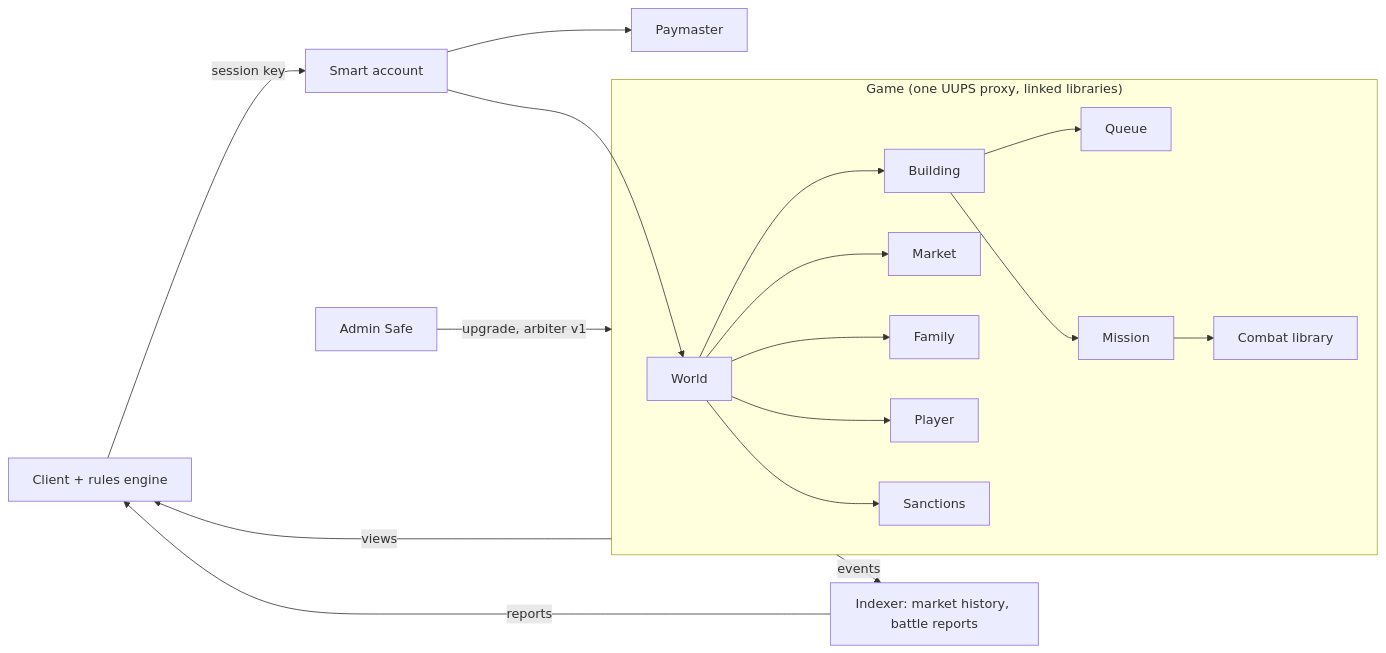
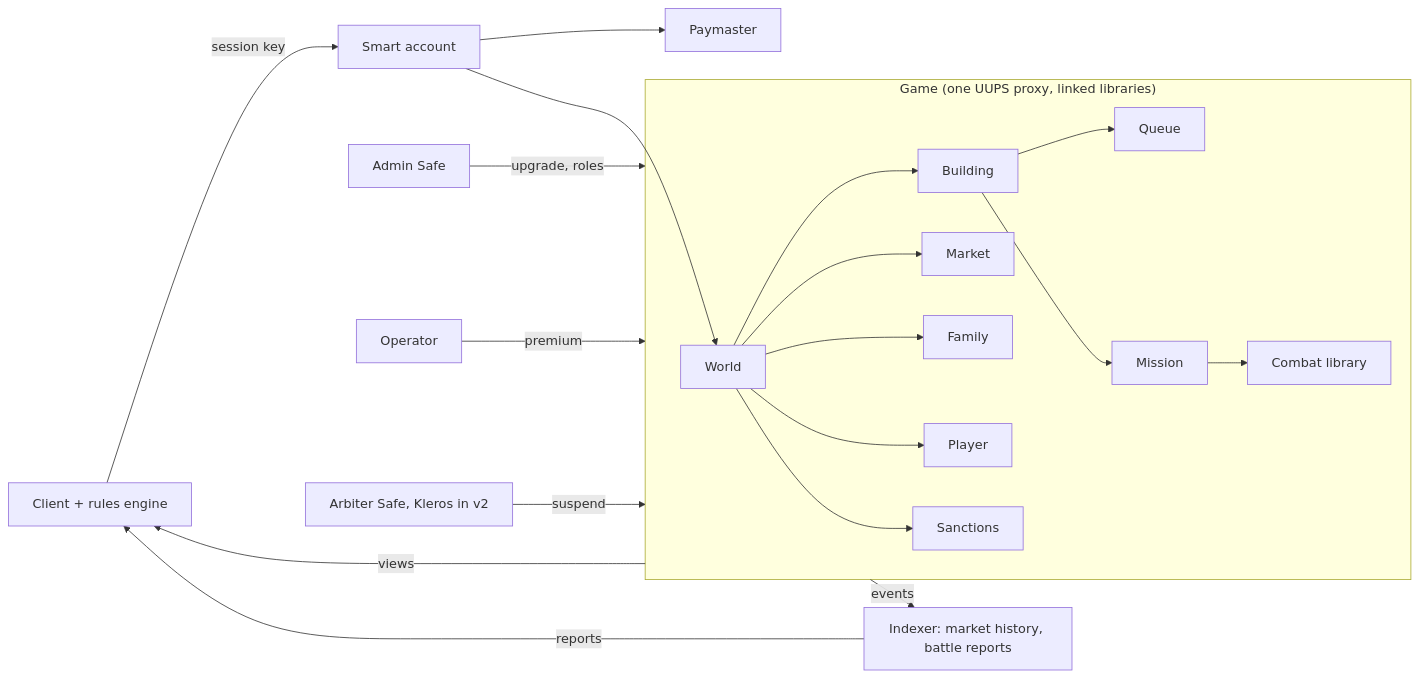
The diagram in docs/spec/blockchain.md (rodsouto/vendetta-plus-legacy), drawn with Mermaid before and after one commit. The commit also changed other lines of this file and 40 other files, not shown here.

````diff
--- a/docs/spec/blockchain.md
+++ b/docs/spec/blockchain.md
@@ -825,20 +850,22 @@
 ```mermaid
 flowchart LR
     Client[Client + rules engine] -->|session key| AA[Smart account]
     AA --> PM[Paymaster]
     AA --> World
     subgraph Contracts["Game (one UUPS proxy, linked libraries)"]
         World --> Building
         Building --> Queue
         Building --> Mission
         Mission --> Combat[Combat library]
         World --> Market
         World --> Family
         World --> Player
         World --> Sanctions
     end
     Contracts -->|views| Client
     Contracts -->|events| Indexer[Indexer: market history, battle reports]
     Indexer -->|reports| Client
-    Safe[Admin Safe] -->|upgrade, arbiter v1| Contracts
+    Safe[Admin Safe] -->|upgrade, roles| Contracts
+    Operator[Operator] -->|premium| Contracts
+    Arbiter[Arbiter Safe, Kleros in v2] -->|suspend| Contracts
 ```
````
